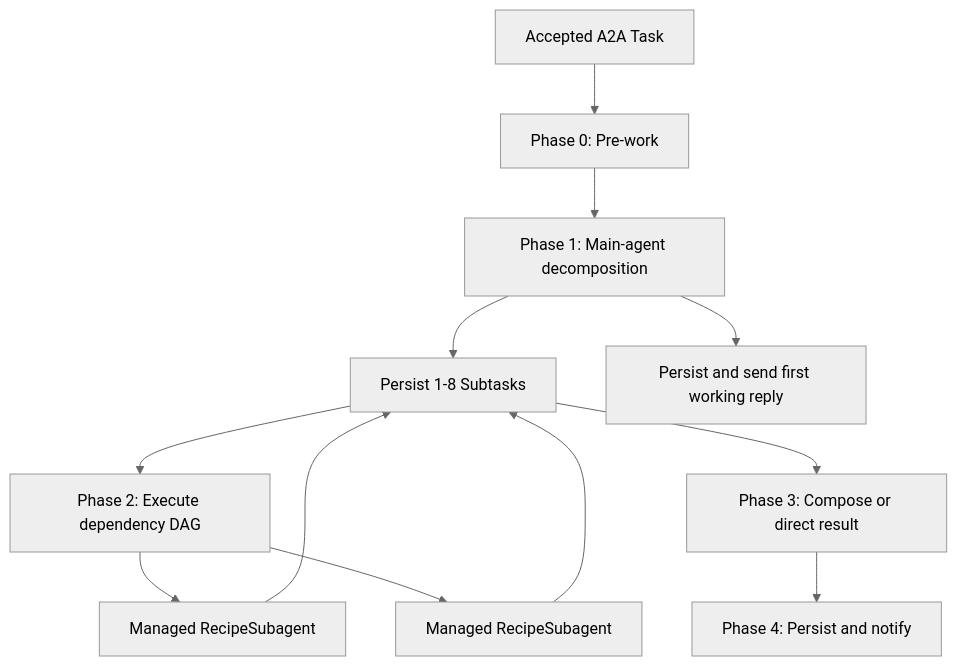
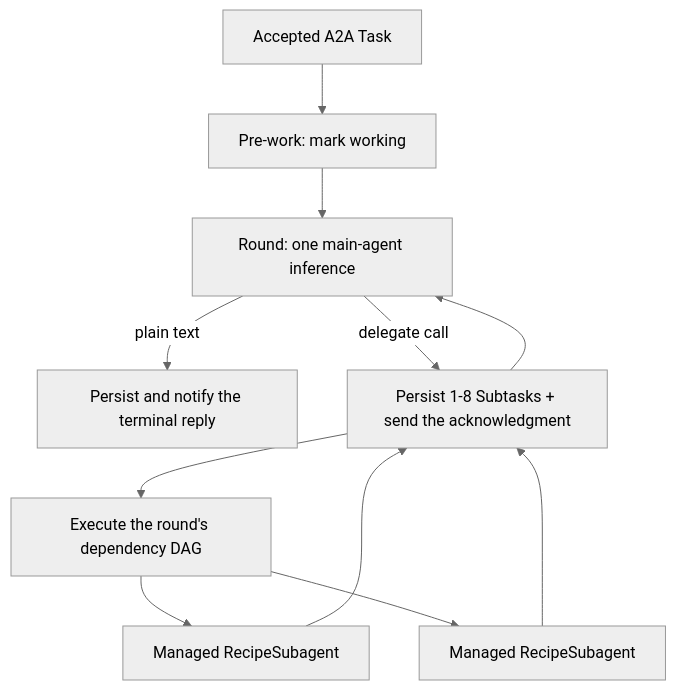
One commit to Looping-AI/reactive-agent changed the second of 2 diagrams in ARCHITECTURE.md. Above: the diagram before and after it, drawn with Mermaid (neutral theme). The commit also changed other lines of this file and 32 other files, not shown here.

First line of the commit message:
main-agent turn loop with per-round subtask decomposition (#6)

````diff
--- a/ARCHITECTURE.md
+++ b/ARCHITECTURE.md
@@ -126,14 +125,13 @@
 ```mermaid
 flowchart TD
-    A[Accepted A2A Task] --> P0[Phase 0: Pre-work]
-    P0 --> P1[Phase 1: Main-agent decomposition]
-    P1 --> R[Persist 1-8 Subtasks]
-    P1 --> W[Persist and send first working reply]
-    R --> P2[Phase 2: Execute dependency DAG]
-    P2 --> S1[Managed RecipeSubagent]
-    P2 --> S2[Managed RecipeSubagent]
+    A[Accepted A2A Task] --> P0[Pre-work: mark working]
+    P0 --> T[Round: one main-agent inference]
+    T -->|plain text| D[Persist and notify the terminal reply]
+    T -->|delegate call| R[Persist 1-8 Subtasks + send the acknowledgment]
+    R --> E[Execute the round's dependency DAG]
+    E --> S1[Managed RecipeSubagent]
+    E --> S2[Managed RecipeSubagent]
     S1 --> R
     S2 --> R
-    R --> P3[Phase 3: Compose or direct result]
-    P3 --> P4[Phase 4: Persist and notify]
+    R --> T
 ```
````
